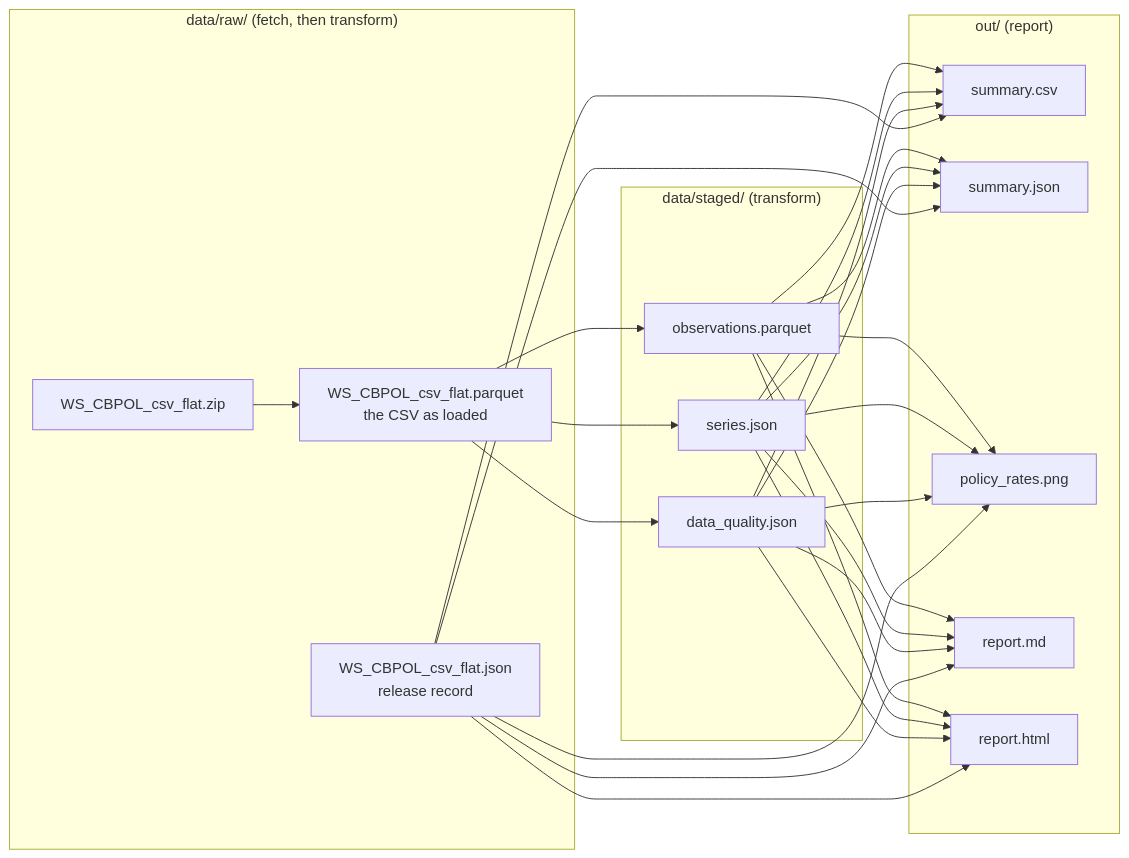
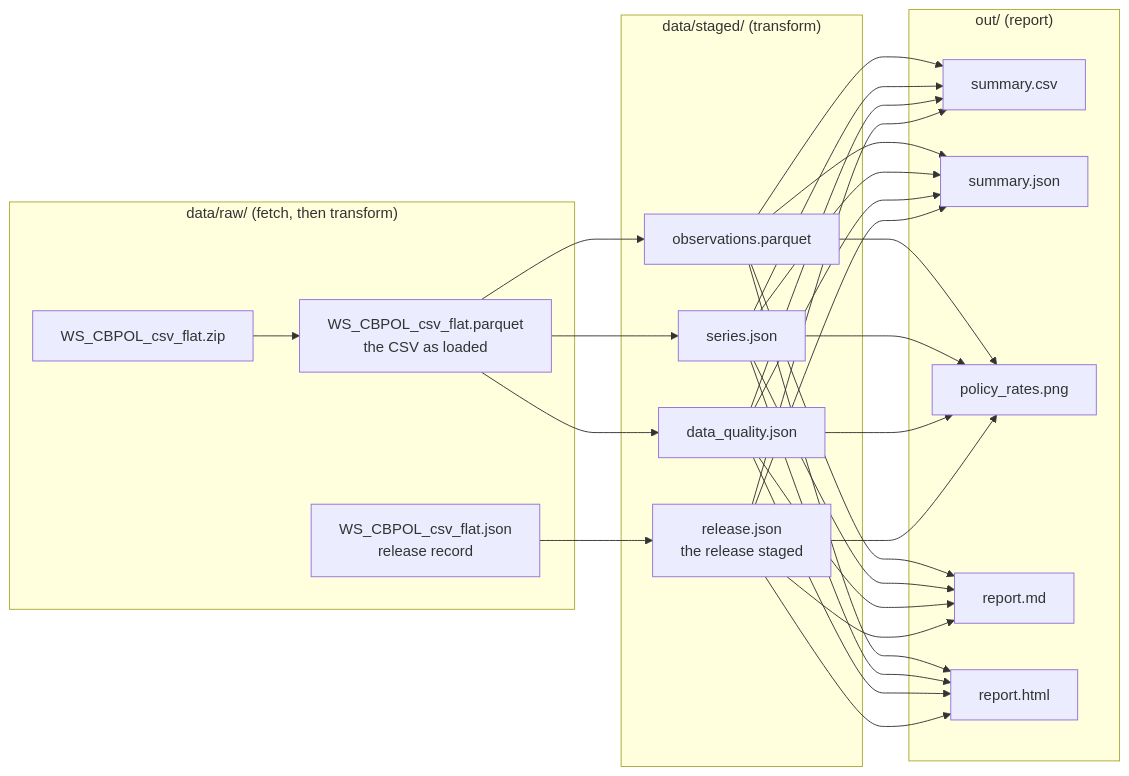
One commit to andrea-dm/policy-rate-monitor changed the diagram in docs/data-model.md. Above: the diagram before and after it, drawn with Mermaid. The commit also changed other lines of this file and 29 other files, not shown here.

````diff
--- a/docs/data-model.md
+++ b/docs/data-model.md
@@ -9,22 +9,24 @@
 ```mermaid
 flowchart LR
     subgraph raw["data/raw/ (fetch, then transform)"]
         ZIP[WS_CBPOL_csv_flat.zip]
         REL[WS_CBPOL_csv_flat.json<br>release record]
         PQ[WS_CBPOL_csv_flat.parquet<br>the CSV as loaded]
     end
     subgraph staged["data/staged/ (transform)"]
         OBS[observations.parquet]
         SER[series.json]
         DQ[data_quality.json]
+        SREL[release.json<br>the release staged]
     end
     subgraph out["out/ (report)"]
         CSV[summary.csv]
         JSON[summary.json]
         PNG[policy_rates.png]
         MD[report.md]
         HTML[report.html]
     end
     ZIP --> PQ --> OBS & SER & DQ
-    OBS & SER & DQ & REL --> CSV & JSON & PNG & MD & HTML
+    REL --> SREL
+    OBS & SER & DQ & SREL --> CSV & JSON & PNG & MD & HTML
 ```
````
